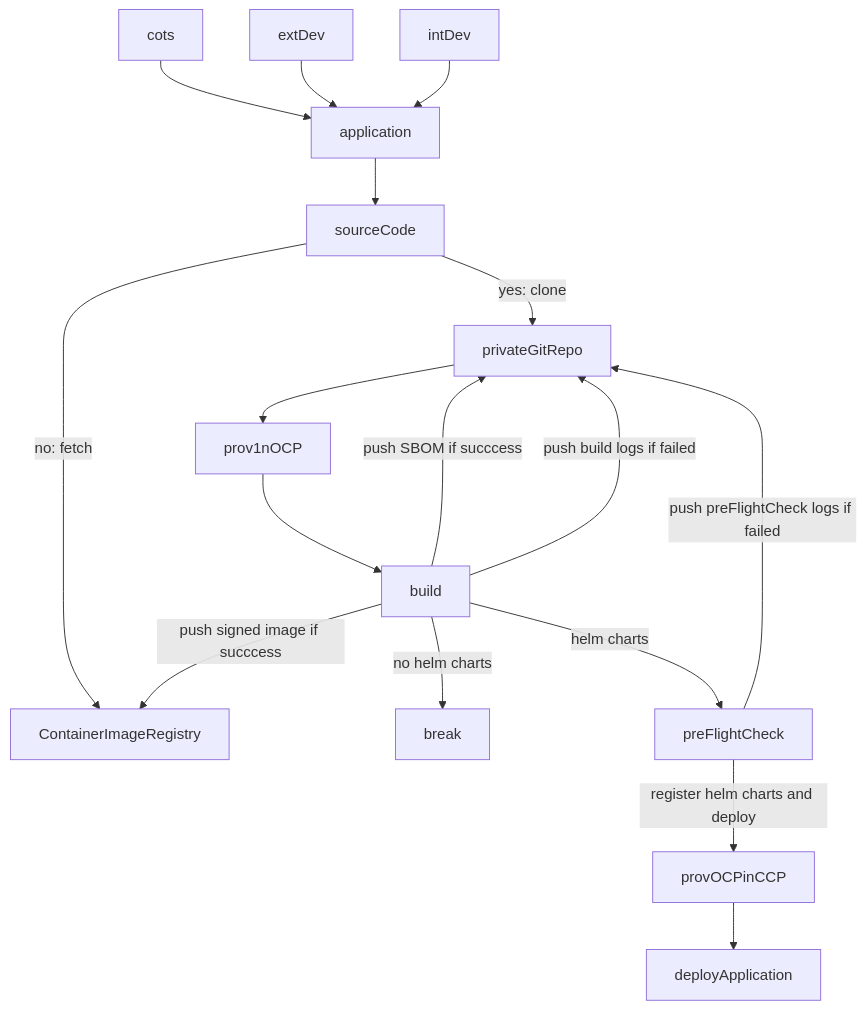
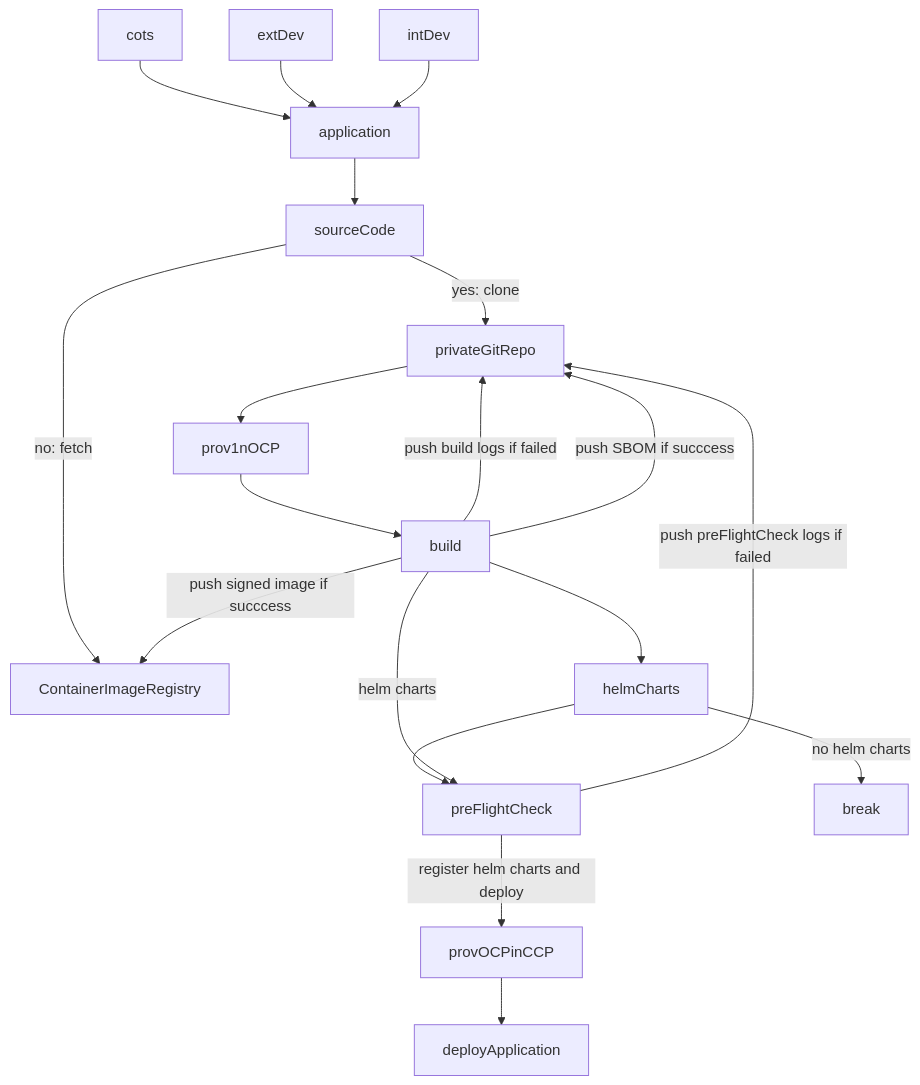
The second of 2 diagrams in docs/application/saep.md (beezy-dev/verbose-couscous), drawn with Mermaid before and after one commit.

````diff
--- a/docs/application/saep.md
+++ b/docs/application/saep.md
@@ -54,19 +54,21 @@
 ```mermaid
 flowchart TD
   cots --> application
   extDev --> application
   intDev --> application
   application --> sourceCode
   sourceCode -->|"no: fetch"| ContainerImageRegistry
   sourceCode -->|"yes: clone"| privateGitRepo
   privateGitRepo --> prov1nOCP
   prov1nOCP --> build
-  build -->|"no helm charts"| break
-  build -->|"helm charts"| preFlightCheck
-  build -->|"push SBOM if succcess"| privateGitRepo
   build -->|"push signed image if succcess"| ContainerImageRegistry
   build -->|"push build logs if failed" | privateGitRepo
+  build --> helmCharts
+  helmCharts --> preFlightCheck
   preFlightCheck --> |"register helm charts and deploy"| provOCPinCCP
   provOCPinCCP --> deployApplication
   preFlightCheck --> |"push preFlightCheck logs if failed"| privateGitRepo
+  build -->|"helm charts"| preFlightCheck
+  build -->|"push SBOM if succcess"| privateGitRepo
+  helmCharts -->|"no helm charts"| break
 ```
````
